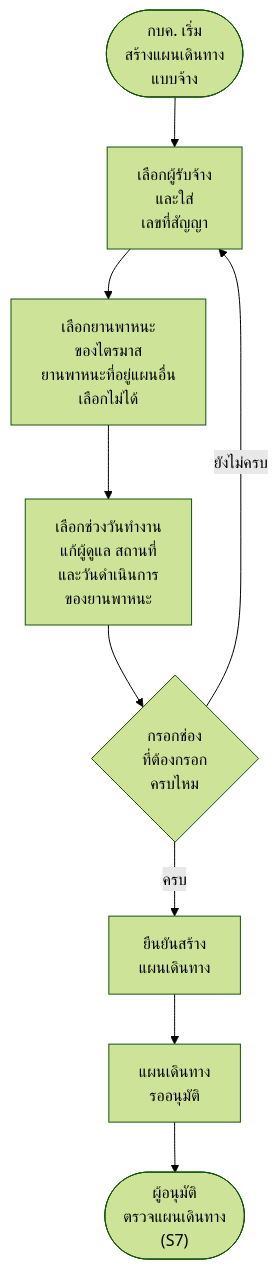
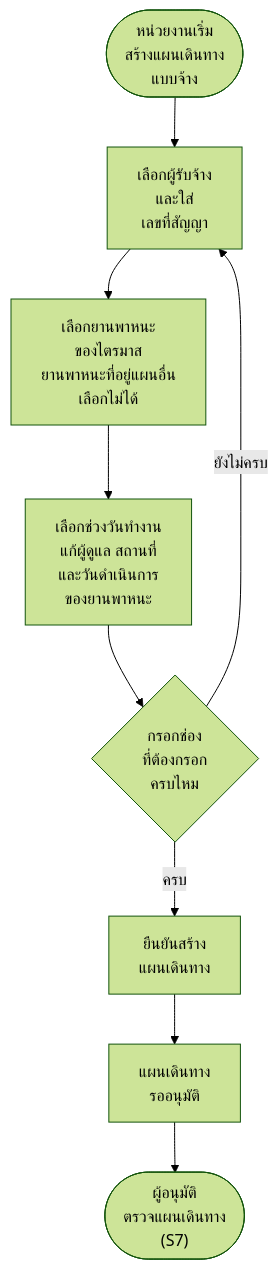
The eighth of 20 diagrams in Diagram/01-บำรุงรักษาตามวาระ/27-บำรุงรักษา-flowchart-กิจกรรม.md (anugmail/Maintenance-Request-Form), drawn with Mermaid (forest theme) before and after one commit. The commit also changed other lines of this file and 7 other files, not shown here.

First line of the commit message:
บำรุงรักษา: คำกลางแทน "กบค." ที่เป็นผู้ทำงาน (หน่วยงาน · หน่วยงานผู้ดำเนินการ · หัวหน้าหน่วยงาน · ผู้สร้างแผนเดินทาง) · "ดำเนินการเอง" แทน "กบค. ดำเนินการเอง"

````diff
--- a/Diagram/01-บำรุงรักษาตามวาระ/27-บำรุงรักษา-flowchart-กิจกรรม.md
+++ b/Diagram/01-บำรุงรักษาตามวาระ/27-บำรุงรักษา-flowchart-กิจกรรม.md
@@ -167,11 +167,11 @@
 ```mermaid
 flowchart TD
-    S(["กบค. เริ่ม<br/>สร้างแผนเดินทาง<br/>แบบจ้าง"]) --> A1["เลือกผู้รับจ้าง<br/>และใส่<br/>เลขที่สัญญา"]
+    S(["หน่วยงานเริ่ม<br/>สร้างแผนเดินทาง<br/>แบบจ้าง"]) --> A1["เลือกผู้รับจ้าง<br/>และใส่<br/>เลขที่สัญญา"]
     A1 --> A2["เลือกยานพาหนะ<br/>ของไตรมาส<br/>ยานพาหนะที่อยู่แผนอื่น<br/>เลือกไม่ได้"]
     A2 --> A3["เลือกช่วงวันทำงาน<br/>แก้ผู้ดูแล สถานที่<br/>และวันดำเนินการ<br/>ของยานพาหนะ"]
     A3 --> Q1{"กรอกช่อง<br/>ที่ต้องกรอก<br/>ครบไหม"}
     Q1 -->|ยังไม่ครบ| A1
     Q1 -->|ครบ| A4["ยืนยันสร้าง<br/>แผนเดินทาง"]
     A4 --> A5["แผนเดินทาง<br/>รออนุมัติ"]
     A5 --> E(["ผู้อนุมัติ<br/>ตรวจแผนเดินทาง<br/>(S7)"])
 ```
````
